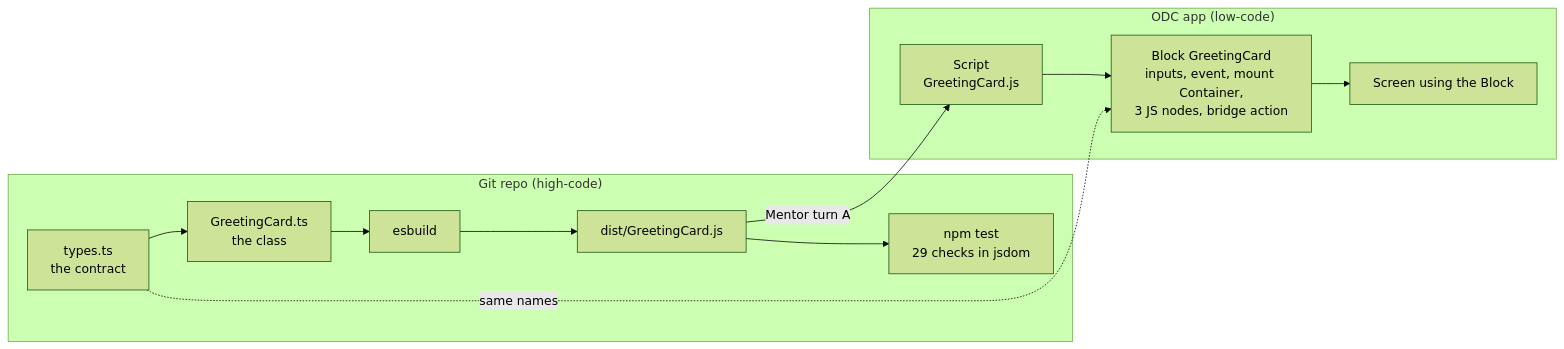
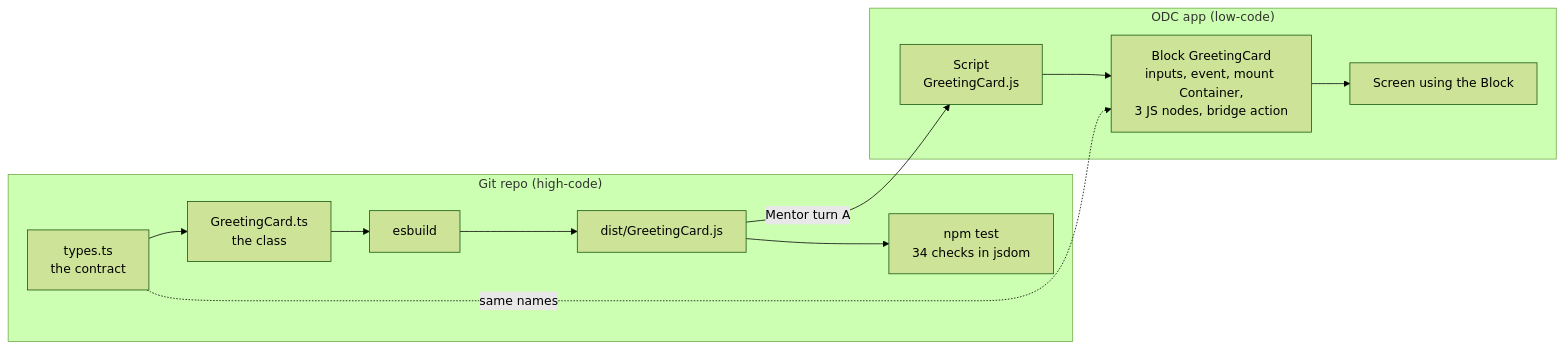
One commit to CEscorcio/AIOutsystemsFED changed the diagram in Components_ODC.md. Above: the diagram before and after it, drawn with Mermaid (forest theme). The commit also changed other lines of this file and 8 other files, not shown here.

````diff
--- a/Components_ODC.md
+++ b/Components_ODC.md
@@ -17,16 +17,16 @@
 ```mermaid
 flowchart LR
   subgraph Git["Git repo (high-code)"]
     T[types.ts<br/>the contract] --> C[GreetingCard.ts<br/>the class]
     C --> B[esbuild] --> D[dist/GreetingCard.js]
-    D --> X[npm test<br/>29 checks in jsdom]
+    D --> X[npm test<br/>34 checks in jsdom]
   end
   subgraph ODC["ODC app (low-code)"]
     S[Script<br/>GreetingCard.js]
     K[Block GreetingCard<br/>inputs, event, mount Container,<br/>3 JS nodes, bridge action]
     H[Screen using the Block]
     S --> K --> H
   end
   D -- "Mentor turn A" --> S
   T -. "same names" .-> K
 ```
````
